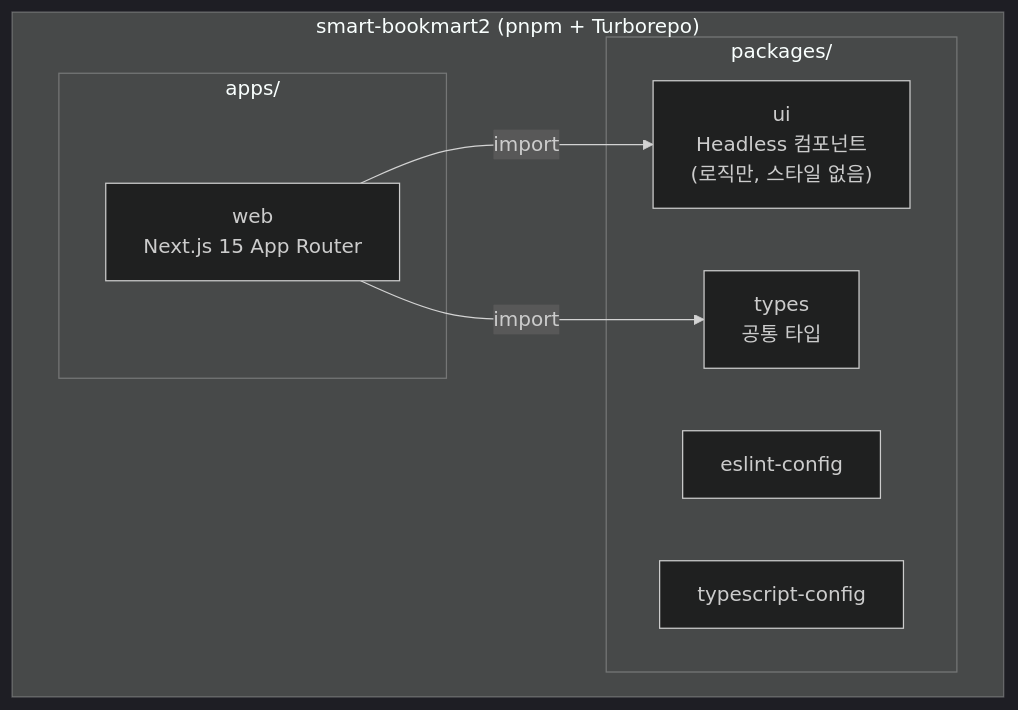
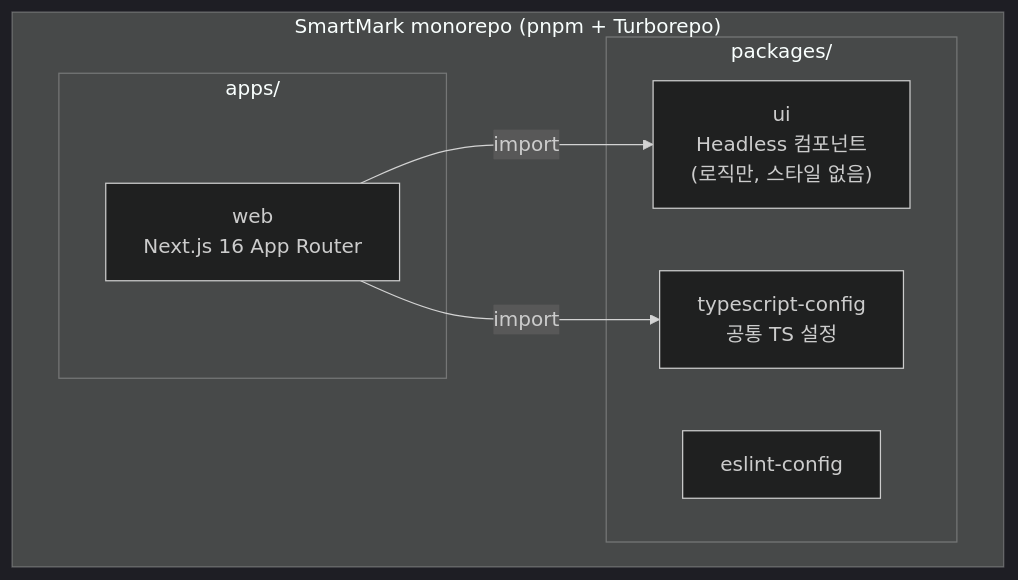
The first of 4 diagrams in README.md (sohee-an/smart-bookmark-app), drawn with Mermaid (dark theme) before and after one commit. The commit also changed other lines of this file and 23 other files, not shown here.

````diff
--- a/README.md
+++ b/README.md
@@ -50,17 +50,16 @@
 ```mermaid
 graph TD
-  subgraph root["smart-bookmart2 (pnpm + Turborepo)"]
+  subgraph root["SmartMark monorepo (pnpm + Turborepo)"]
     subgraph apps["apps/"]
-      WEB["web\nNext.js 15 App Router"]
+      WEB["web\nNext.js 16 App Router"]
     end
     subgraph packages["packages/"]
       UI["ui\nHeadless 컴포넌트\n(로직만, 스타일 없음)"]
-      TYPES["types\n공통 타입"]
       ESL["eslint-config"]
-      TSC["typescript-config"]
+      TSC["typescript-config\n공통 TS 설정"]
     end
   end
 
   WEB -->|import| UI
-  WEB -->|import| TYPES
+  WEB -->|import| TSC
 ```
````
